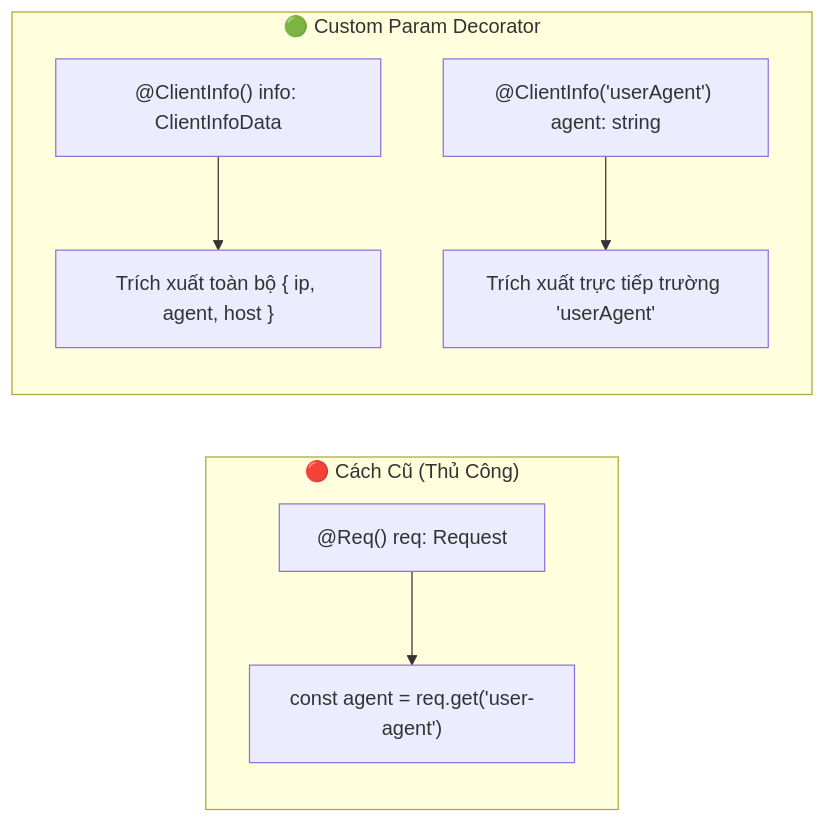
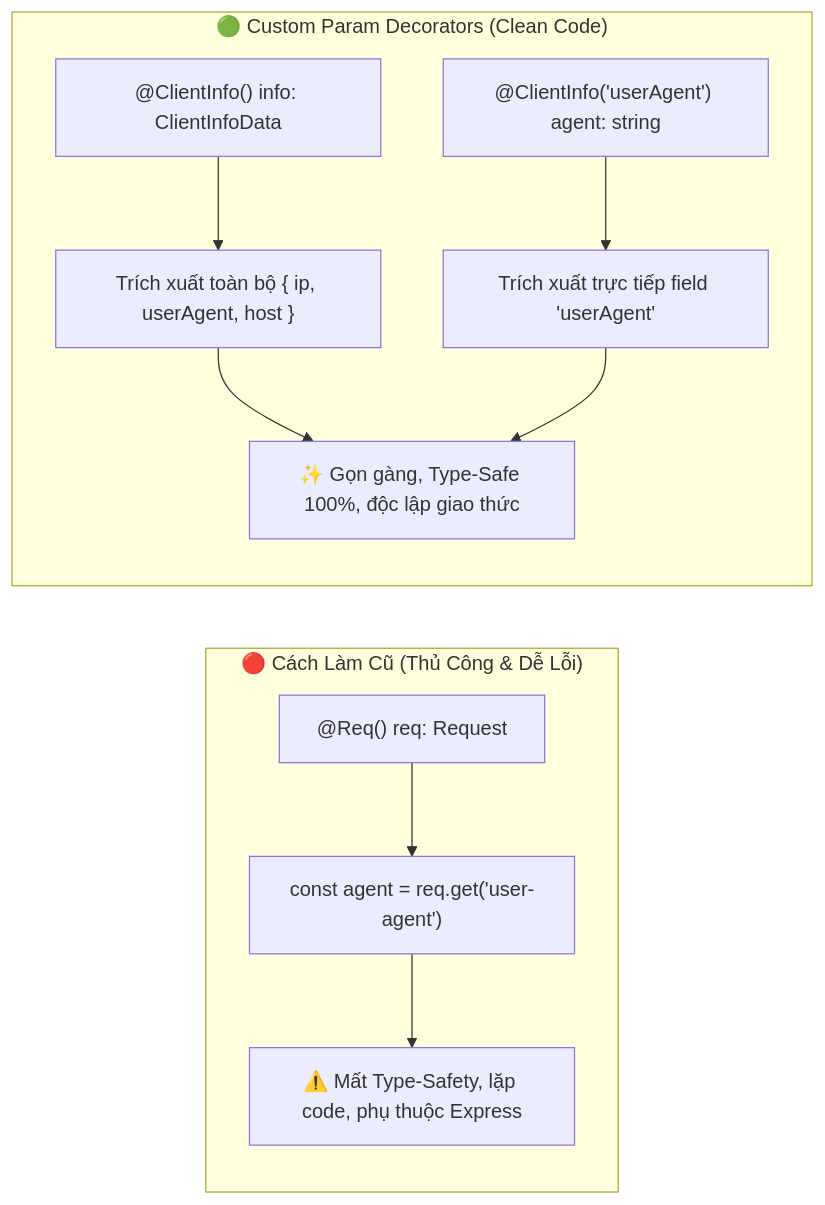
One commit to thanhmati/nestjs-basic-course changed the first of 3 diagrams in docs/modules/module-03/lesson-3.5/lesson-3.5.md. Above: the diagram before and after it, drawn with Mermaid. The commit also changed other lines of this file, not shown here.

````diff
--- a/docs/modules/module-03/lesson-3.5/lesson-3.5.md
+++ b/docs/modules/module-03/lesson-3.5/lesson-3.5.md
@@ -32,11 +68,13 @@
 ```mermaid
 flowchart LR
-    subgraph Traditional ["🔴 Cách Cũ (Thủ Công)"]
+    subgraph Traditional ["🔴 Cách Làm Cũ (Thủ Công & Dễ Lỗi)"]
         Req["@Req() req: Request"] --> Read["const agent = req.get('user-agent')"]
+        Read --> Smell["⚠️ Mất Type-Safety, lặp code, phụ thuộc Express"]
     end
 
-    subgraph CustomDec ["🟢 Custom Param Decorator"]
-        Dec["@ClientInfo() info: ClientInfoData"] --> Clean["Trích xuất toàn bộ { ip, agent, host }"]
-        DecProp["@ClientInfo('userAgent') agent: string"] --> CleanProp["Trích xuất trực tiếp trường 'userAgent'"]
+    subgraph CustomDec ["🟢 Custom Param Decorators (Clean Code)"]
+        Dec["@ClientInfo() info: ClientInfoData"] --> Clean["Trích xuất toàn bộ { ip, userAgent, host }"]
+        DecProp["@ClientInfo('userAgent') agent: string"] --> CleanProp["Trích xuất trực tiếp field 'userAgent'"]
+        Clean & CleanProp --> Benefit["✨ Gọn gàng, Type-Safe 100%, độc lập giao thức"]
     end
 ```
````
